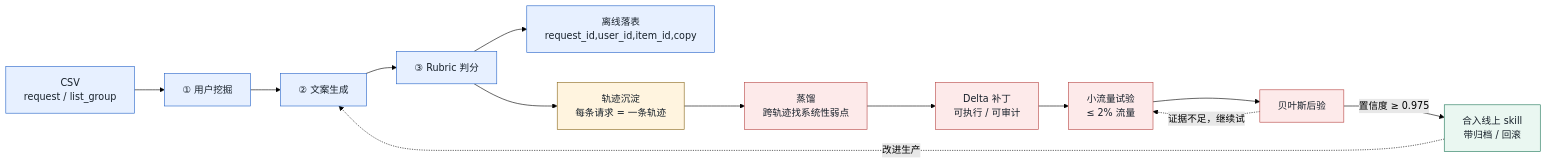
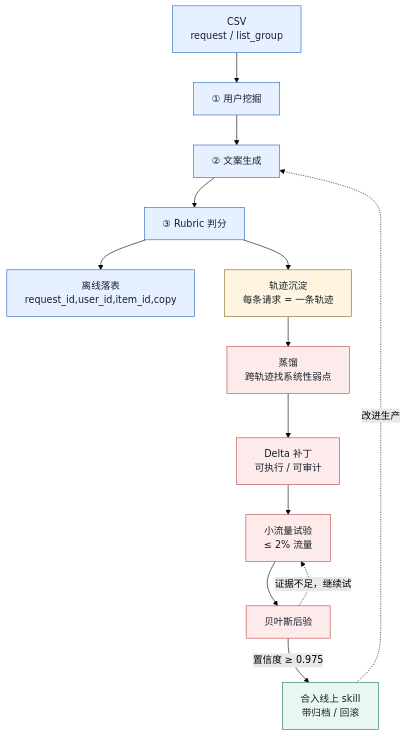
Before and after one commit to AI3-GenAI4Sci/VIP_Copy: the first of 3 diagrams in README.md, drawn with Mermaid (forest theme).

Commit message:
docs: unify README mermaid orientation to TB
The overview diagram was flowchart LR (renders wide-and-short) while the
other two were TB (tall); switching it to TB makes all three render at a
consistent size on GitHub.

````diff
--- a/README.md
+++ b/README.md
@@ -17,24 +17,24 @@
 ```mermaid
-flowchart LR
+flowchart TB
     CSV["CSV<br/>request / list_group"] --> N1["① 用户挖掘"]
     N1 --> N2["② 文案生成"]
     N2 --> N3["③ Rubric 判分"]
     N3 --> OUT["离线落表<br/>request_id,user_id,item_id,copy"]
     N3 --> TRAJ["轨迹沉淀<br/>每条请求 = 一条轨迹"]
     TRAJ --> DIS["蒸馏<br/>跨轨迹找系统性弱点"]
     DIS --> DELTA["Delta 补丁<br/>可执行 / 可审计"]
     DELTA --> TRIAL["小流量试验<br/>≤ 2% 流量"]
     TRIAL --> POST["贝叶斯后验"]
     POST -- "置信度 ≥ 0.975" --> PROM["合入线上 skill<br/>带归档 / 回滚"]
     PROM -. "改进生产" .-> N2
     POST -. "证据不足，继续试" .-> TRIAL
 
     classDef prod fill:#e7f0ff,stroke:#2764c8,color:#17202a;
     classDef evo fill:#fdeaea,stroke:#b84745,color:#17202a;
     classDef bridge fill:#fff4df,stroke:#8a681c,color:#17202a;
     classDef pass fill:#eaf7f1,stroke:#20785a,color:#17202a;
     class CSV,N1,N2,N3,OUT prod;
     class DIS,DELTA,TRIAL,POST evo;
     class TRAJ bridge;
     class PROM pass;
 ```
````
